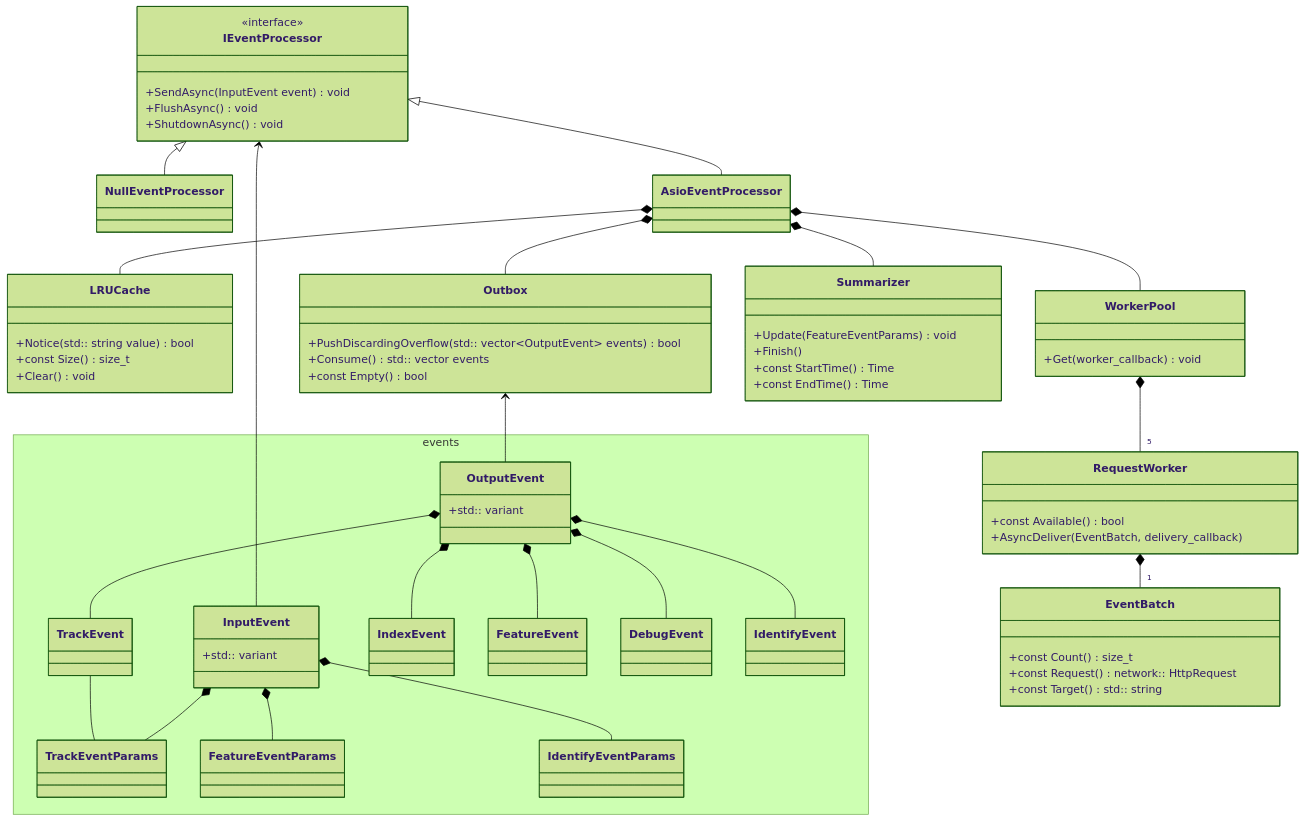
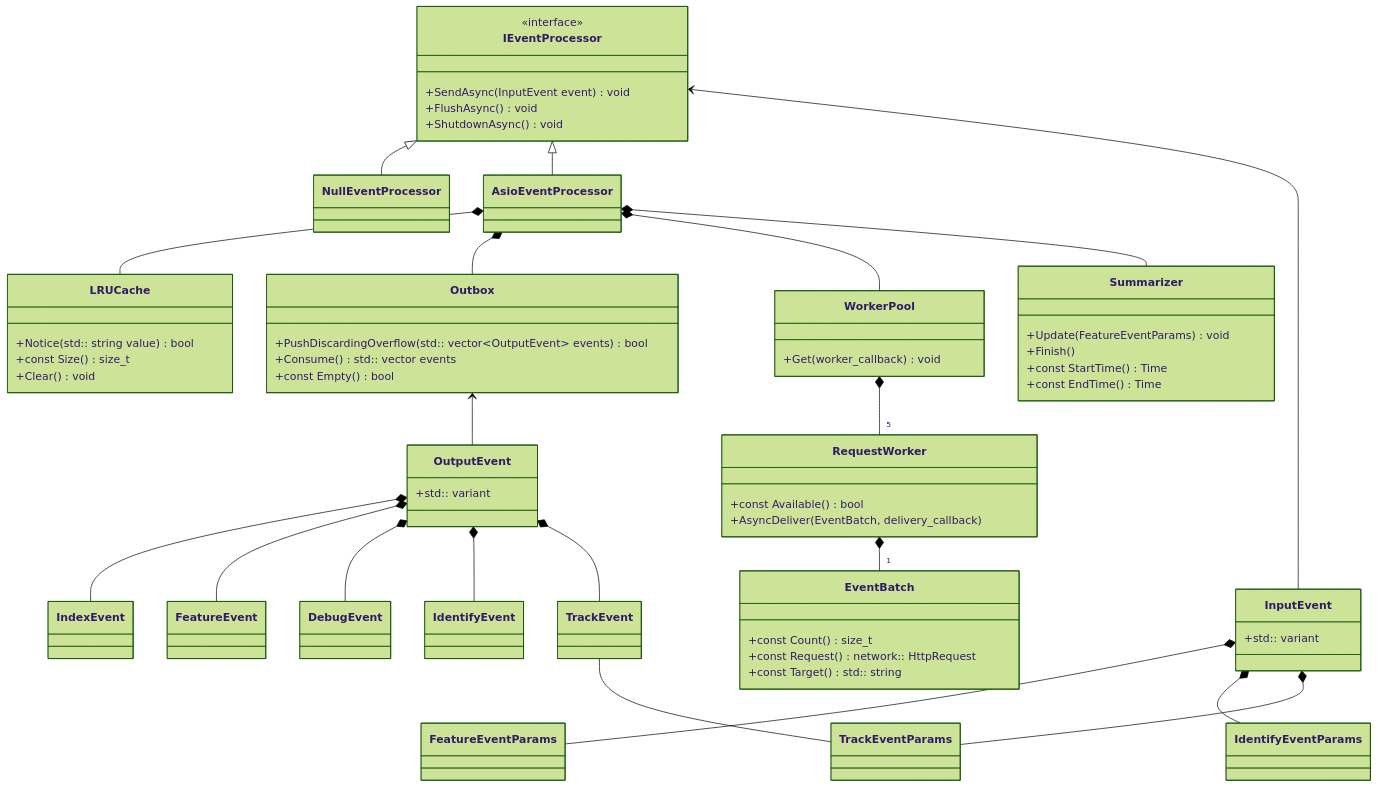
The diagram in architecture/event_processor.md (launchdarkly/cpp-sdks), drawn with Mermaid (forest theme) before and after one commit.

Commit message:
maybe namespaces do not work?

````diff
--- a/architecture/event_processor.md
+++ b/architecture/event_processor.md
@@ -79,46 +79,47 @@
         +const EndTime() Time
     }
 
-    namespace events {
-        class InputEvent {
-            +std:: variant
-        }
+%% note: the 'namespace' feature isn't supported on Github yet
+%% namespace events { 
+    class InputEvent {
+        +std:: variant
+    }
 
 
-        class OutputEvent {
-            +std:: variant
-        }
+    class OutputEvent {
+        +std:: variant
+    }
 
-        class FeatureEventParams {
+    class FeatureEventParams {
 
-        }
+    }
 
-        class IdentifyEventParams {
+    class IdentifyEventParams {
 
-        }
+    }
 
-        class TrackEventParams {
+    class TrackEventParams {
 
-        }
+    }
 
-        class FeatureEvent {
+    class FeatureEvent {
 
-        }
+    }
 
-        class DebugEvent {
+    class DebugEvent {
 
-        }
+    }
 
-        class IdentifyEvent {
+    class IdentifyEvent {
 
-        }
+    }
 
-        class IndexEvent {
+    class IndexEvent {
 
-        }
+    }
 
-        class TrackEvent {
+    class TrackEvent {
 
-        }
     }
+%% }
 ```
````
